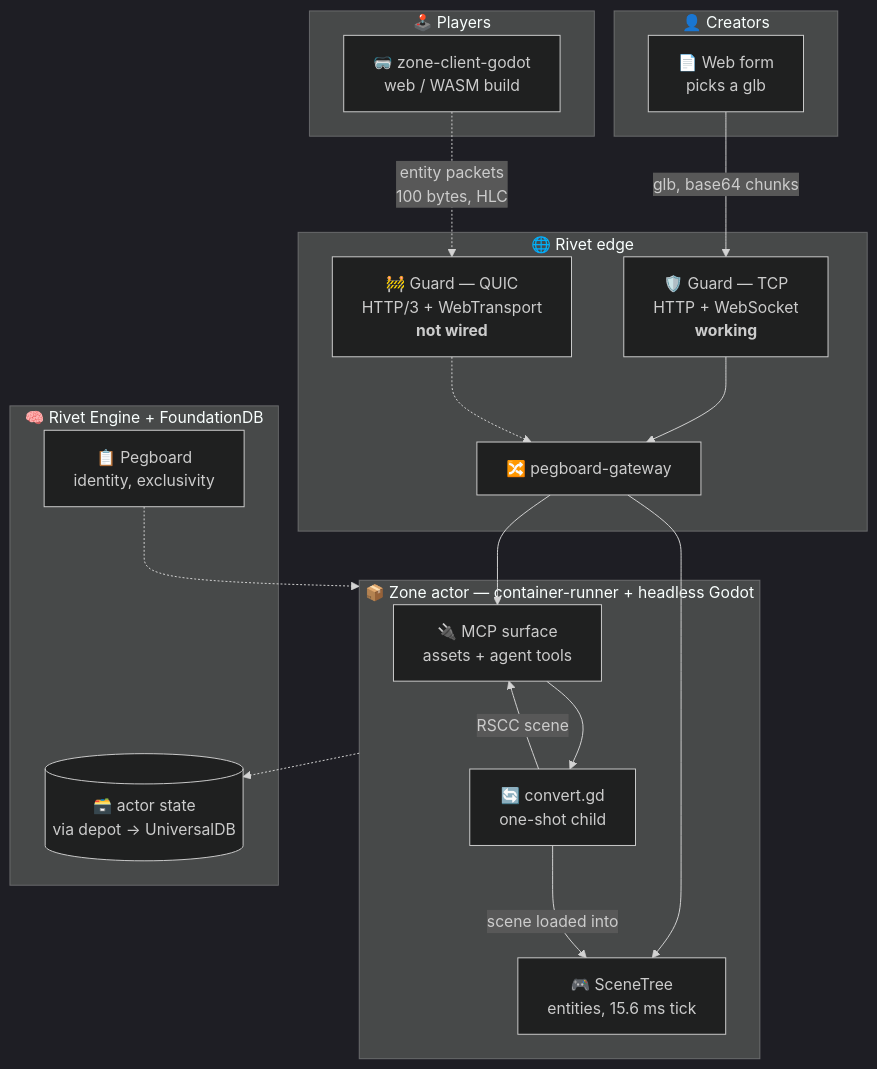
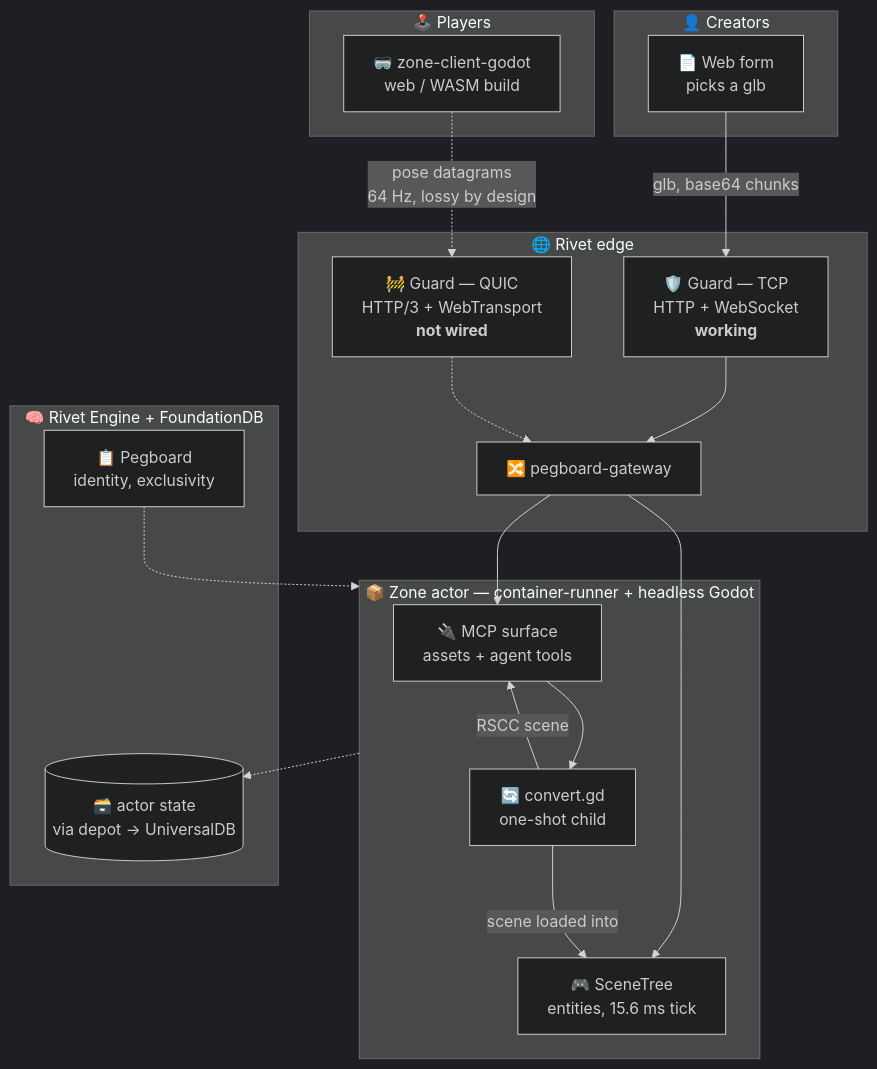
Before and after one commit to v-sekai-multiplayer-fabric/fabric-ports-adapters: the first of 3 diagrams in rfd/0022-glb-to-godot-scene.md, drawn with Mermaid (dark theme). The commit also changed other lines of this file, not shown here.

Commit message:
Set the WebTransport demo bar at datagrams, which WebSocket cannot do

````diff
--- a/rfd/0022-glb-to-godot-scene.md
+++ b/rfd/0022-glb-to-godot-scene.md
@@ -67,41 +67,41 @@
 ```mermaid
 flowchart TB
     subgraph creators["👤 Creators"]
         WF["📄 Web form<br/>picks a glb"]
     end
 
     subgraph players["🕹️ Players"]
         VR["🥽 zone-client-godot<br/>web / WASM build"]
     end
 
     subgraph edge["🌐 Rivet edge"]
         GT["🛡️ Guard — TCP<br/>HTTP + WebSocket<br/><b>working</b>"]
         GQ["🚧 Guard — QUIC<br/>HTTP/3 + WebTransport<br/><b>not wired</b>"]
         GW["🔀 pegboard-gateway"]
     end
 
     subgraph zone["📦 Zone actor — container-runner + headless Godot"]
         MCP["🔌 MCP surface<br/>assets + agent tools"]
         SIM["🎮 SceneTree<br/>entities, 15.6 ms tick"]
         CONV["🔄 convert.gd<br/>one-shot child"]
     end
 
     subgraph engine["🧠 Rivet Engine + FoundationDB"]
         PB["📋 Pegboard<br/>identity, exclusivity"]
         ST[("🗃️ actor state<br/>via depot → UniversalDB")]
     end
 
     WF -->|"glb, base64 chunks"| GT
     GT --> GW
     GW --> MCP
     MCP --> CONV
     CONV -->|"RSCC scene"| MCP
 
-    VR -.->|"entity packets<br/>100 bytes, HLC"| GQ
+    VR -.->|"pose datagrams<br/>64 Hz, lossy by design"| GQ
     GQ -.-> GW
     GW --> SIM
     CONV -->|"scene loaded into"| SIM
 
     PB -.-> zone
     zone -.-> ST
 ```
````
